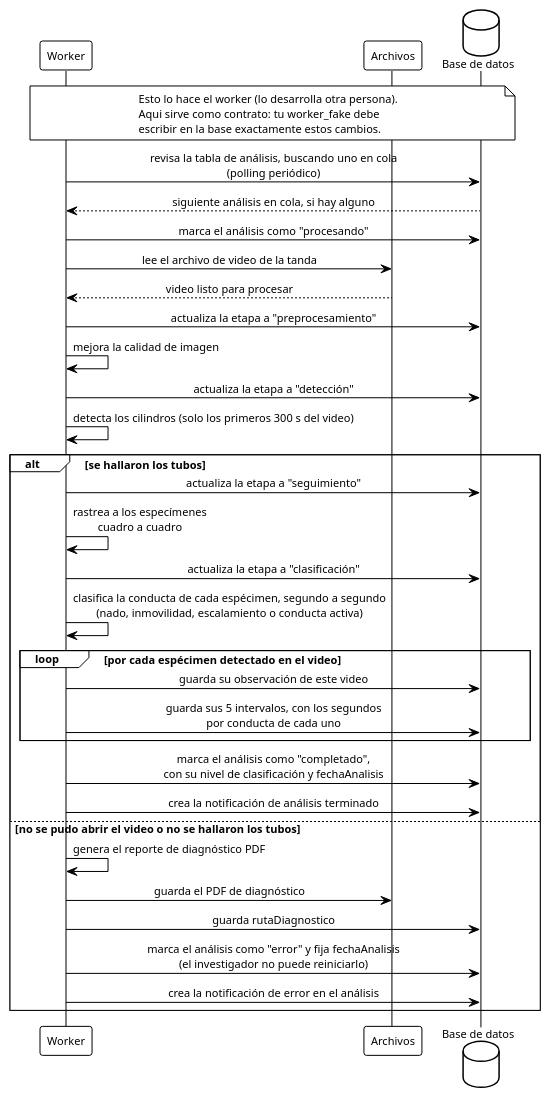
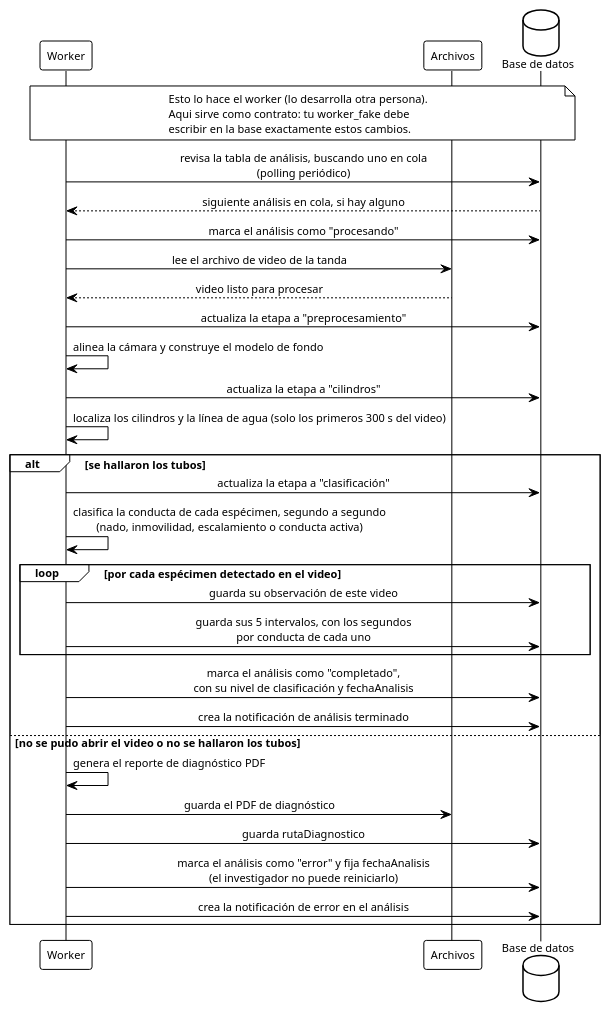
One commit to ErickJester/fst-ai-system-latex changed diagram 31 of 38 in INSTRUCCIONES-WEB.md. Above: the diagram before and after it, drawn with PlantUML. The commit also changed other lines of this file and 33 other files, not shown here.

````diff
--- a/INSTRUCCIONES-WEB.md
+++ b/INSTRUCCIONES-WEB.md
@@ -2223,54 +2217,51 @@
 ```plantuml
 @startuml seq_analisis_automatico
 !theme plain
 skinparam defaultFontName Arial
 skinparam defaultFontSize 11
 skinparam shadowing false
 skinparam sequenceMessageAlign center
 skinparam BoxPadding 10
 participant Worker as w
 participant "Archivos" as fs
 database "Base de datos" as db
 
 note over w, db
   Esto lo hace el worker (lo desarrolla otra persona).
   Aqui sirve como contrato: tu worker_fake debe
   escribir en la base exactamente estos cambios.
 end note
 
 w -> db: revisa la tabla de análisis, buscando uno en cola\n(polling periódico)
 db --> w: siguiente análisis en cola, si hay alguno
 w -> db: marca el análisis como "procesando"
 
 w -> fs: lee el archivo de video de la tanda
 fs --> w: video listo para procesar
 
 w -> db: actualiza la etapa a "preprocesamiento"
-w -> w: mejora la calidad de imagen
+w -> w: alinea la cámara y construye el modelo de fondo
 
-w -> db: actualiza la etapa a "detección"
-w -> w: detecta los cilindros (solo los primeros 300 s del video)
+w -> db: actualiza la etapa a "cilindros"
+w -> w: localiza los cilindros y la línea de agua (solo los primeros 300 s del video)
 
 alt se hallaron los tubos
-  w -> db: actualiza la etapa a "seguimiento"
-  w -> w: rastrea a los especímenes\ncuadro a cuadro
-
   w -> db: actualiza la etapa a "clasificación"
   w -> w: clasifica la conducta de cada espécimen, segundo a segundo\n(nado, inmovilidad, escalamiento o conducta activa)
 
   loop por cada espécimen detectado en el video
     w -> db: guarda su observación de este video
     w -> db: guarda sus 5 intervalos, con los segundos\npor conducta de cada uno
   end
 
   w -> db: marca el análisis como "completado",\ncon su nivel de clasificación y fechaAnalisis
   w -> db: crea la notificación de análisis terminado
 else no se pudo abrir el video o no se hallaron los tubos
   w -> w: genera el reporte de diagnóstico PDF
   w -> fs: guarda el PDF de diagnóstico
   w -> db: guarda rutaDiagnostico
   w -> db: marca el análisis como "error" y fija fechaAnalisis\n(el investigador no puede reiniciarlo)
   w -> db: crea la notificación de error en el análisis
 end
 @enduml
 ```
````
